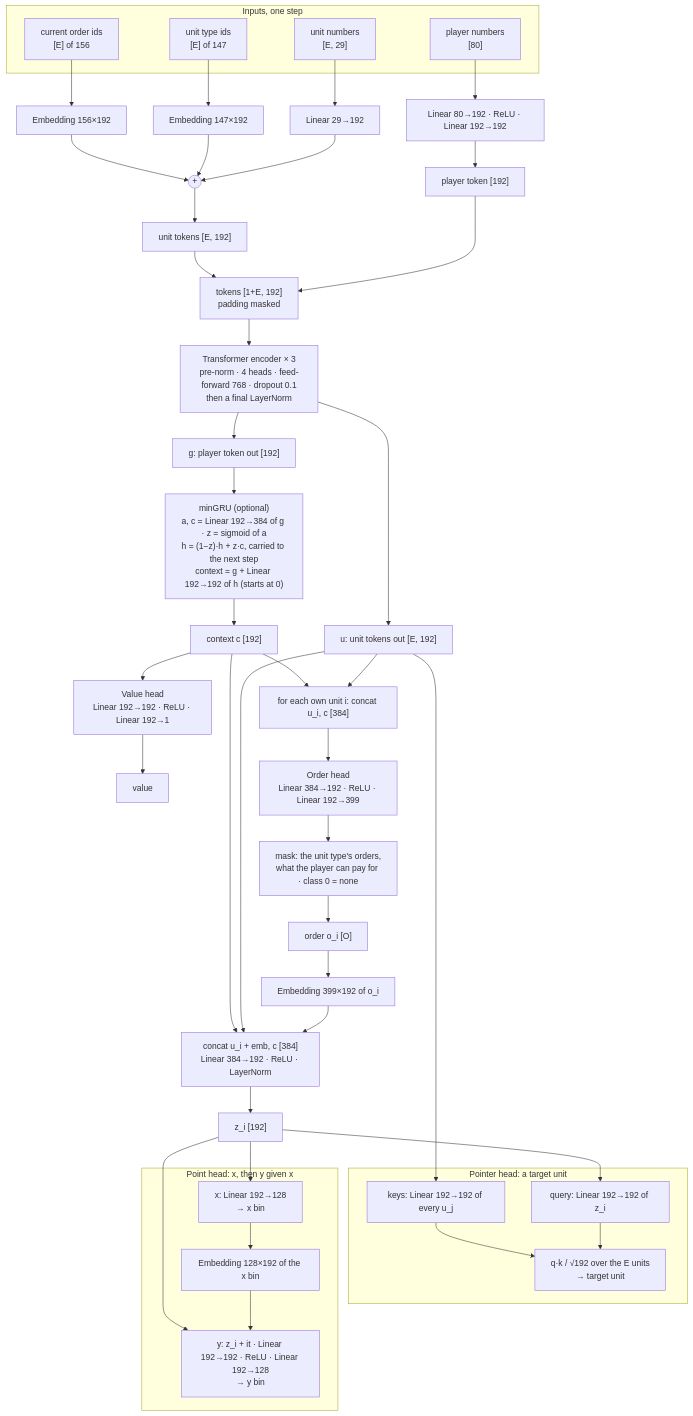
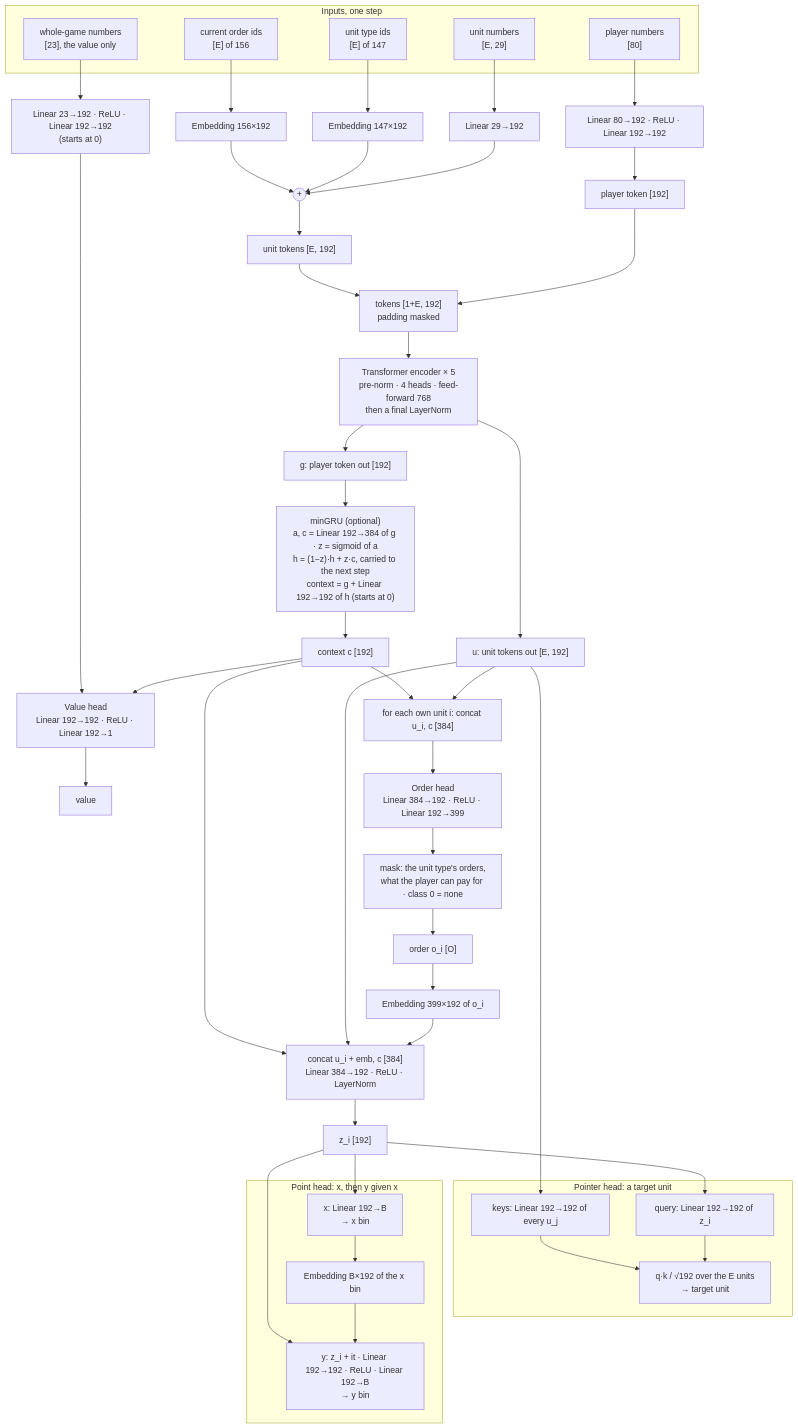
The first of 3 diagrams in docs/model.md (RobinKa/warcraftsim), drawn with Mermaid before and after one commit. The commit also changed other lines of this file and 9 other files, not shown here.

````diff
--- a/docs/model.md
+++ b/docs/model.md
@@ -9,44 +9,46 @@
 ```mermaid
 flowchart TB
   subgraph IN["Inputs, one step"]
     F["unit numbers<br/>[E, 29]"]
     TY["unit type ids<br/>[E] of 147"]
     CO["current order ids<br/>[E] of 156"]
     PL["player numbers<br/>[80]"]
+    PV["whole-game numbers<br/>[23], the value only"]
   end
   F --> LF["Linear 29→192"]
   TY --> ET["Embedding 147×192"]
   CO --> EC["Embedding 156×192"]
   LF --> SUM(("+"))
   ET --> SUM
   EC --> SUM
   SUM --> UT["unit tokens [E, 192]"]
   PL --> MP["Linear 80→192 · ReLU · Linear 192→192"] --> PT["player token [192]"]
   PT --> SEQ["tokens [1+E, 192]<br/>padding masked"]
   UT --> SEQ
-  SEQ --> TR["Transformer encoder × 3<br/>pre-norm · 4 heads · feed-forward 768 · dropout 0.1<br/>then a final LayerNorm"]
+  SEQ --> TR["Transformer encoder × 5<br/>pre-norm · 4 heads · feed-forward 768<br/>then a final LayerNorm"]
   TR --> G["g: player token out [192]"]
   TR --> U["u: unit tokens out [E, 192]"]
   G --> MEM["minGRU (optional)<br/>a, c = Linear 192→384 of g · z = sigmoid of a<br/>h = (1−z)·h + z·c, carried to the next step<br/>context = g + Linear 192→192 of h (starts at 0)"]
   MEM --> C["context c [192]"]
   C --> VH["Value head<br/>Linear 192→192 · ReLU · Linear 192→1"] --> V["value"]
+  PV --> PP["Linear 23→192 · ReLU · Linear 192→192<br/>(starts at 0)"] --> VH
   U --> OI["for each own unit i: concat u_i, c [384]"]
   C --> OI
   OI --> OH["Order head<br/>Linear 384→192 · ReLU · Linear 192→399"] --> MSK["mask: the unit type's orders,<br/>what the player can pay for · class 0 = none"] --> O1["order o_i [O]"]
   O1 --> OE["Embedding 399×192 of o_i"]
   OE --> CD["concat u_i + emb, c [384]<br/>Linear 384→192 · ReLU · LayerNorm"]
   U --> CD
   C --> CD
   CD --> Z["z_i [192]"]
   subgraph PTRS["Pointer head: a target unit"]
     Q["query: Linear 192→192 of z_i"] --> PTR["q·k / √192 over the E units<br/>→ target unit"]
     K["keys: Linear 192→192 of every u_j"] --> PTR
   end
   subgraph PNT["Point head: x, then y given x"]
-    PX["x: Linear 192→128<br/>→ x bin"] --> XE["Embedding 128×192 of the x bin"] --> PY["y: z_i + it · Linear 192→192 · ReLU · Linear 192→128<br/>→ y bin"]
+    PX["x: Linear 192→B<br/>→ x bin"] --> XE["Embedding B×192 of the x bin"] --> PY["y: z_i + it · Linear 192→192 · ReLU · Linear 192→B<br/>→ y bin"]
   end
   Z --> Q
   U --> K
   Z --> PX
   Z --> PY
 ```
````
